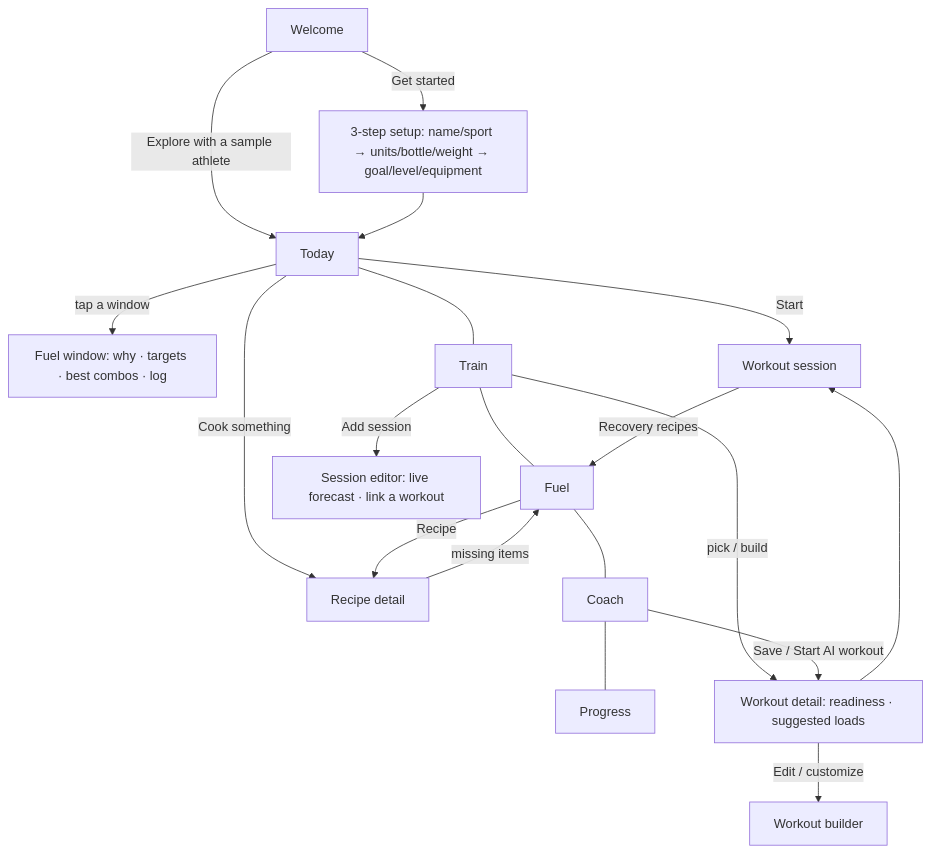
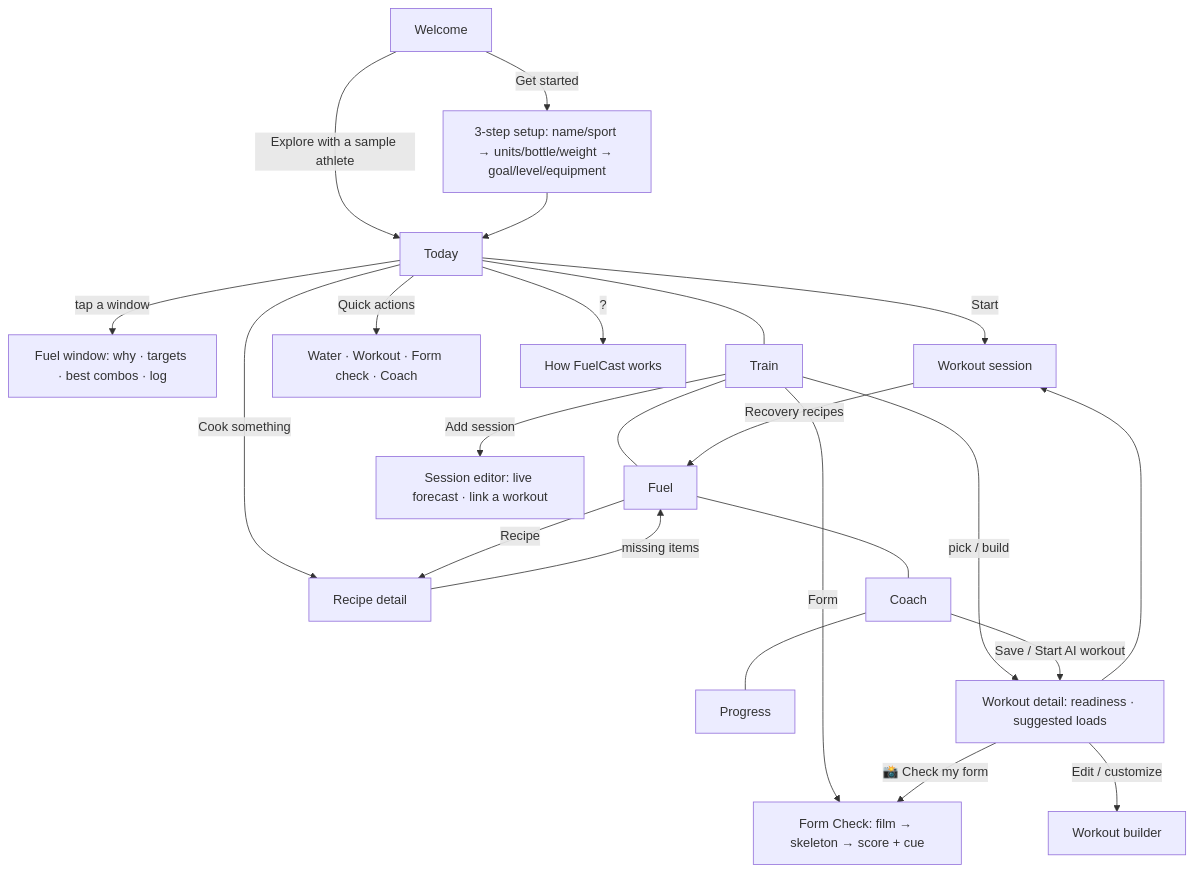
Before and after one commit to akkified/fuelcast: the diagram in docs/DESIGN.md, drawn with Mermaid. The commit also changed other lines of this file and 53 other files, not shown here.

First line of the commit message:
FuelCast 3.0: AI Form Check, quick actions, checklist, help guide

````diff
--- a/docs/DESIGN.md
+++ b/docs/DESIGN.md
@@ -39,18 +40,22 @@
 ```mermaid
 flowchart TD
   W[Welcome] -->|Get started| O[3-step setup: name/sport → units/bottle/weight → goal/level/equipment]
   W -->|Explore with a sample athlete| T
   O --> T[Today]
   T -->|tap a window| FW[Fuel window: why · targets · best combos · log]
   T -->|Start| WS[Workout session]
   T -->|Cook something| RD[Recipe detail]
+  T -->|Quick actions| QA[Water · Workout · Form check · Coach]
+  T -->|?| H[How FuelCast works]
   T --- TR[Train] --- FU[Fuel] --- CO[Coach] --- PR[Progress]
+  TR -->|Form| FC[Form Check: film → skeleton → score + cue]
+  WD -->|📸 Check my form| FC
   TR -->|pick / build| WD[Workout detail: readiness · suggested loads]
   WD --> WS
   WD -->|Edit / customize| WE[Workout builder]
   TR -->|Add session| EV[Session editor: live forecast · link a workout]
   FU -->|Recipe| RD
   RD -->|missing items| FU
   CO -->|Save / Start AI workout| WD
   WS -->|Recovery recipes| FU
 ```
````
